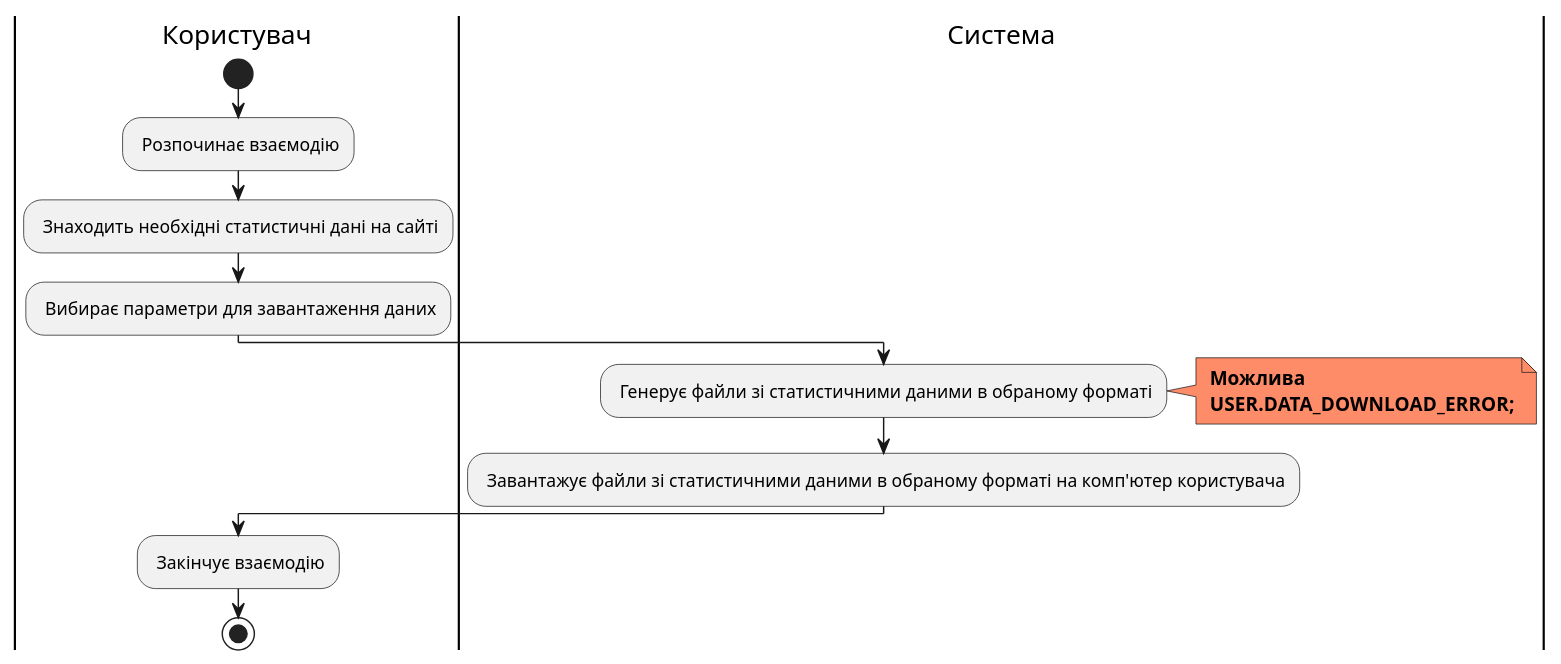
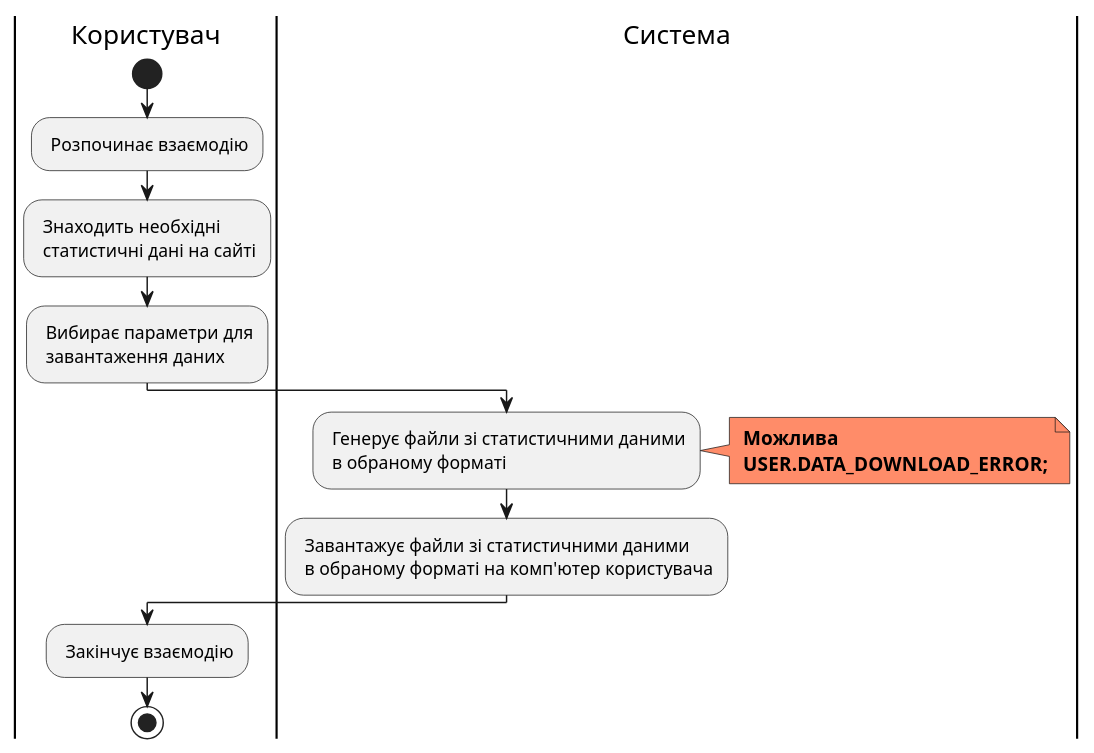
One commit to edu-db/edu_db_labs changed the eighth of 19 diagrams in docs/use cases/README.md. Above: the diagram before and after it, drawn with PlantUML. The commit also changed other lines of this file, not shown here.

```diff
--- a/docs/use cases/README.md
+++ b/docs/use cases/README.md
@@ -455,23 +454,23 @@
 @startuml
 
 |Користувач|
 start;
 : Розпочинає взаємодію;
-: Знаходить необхідні статистичні дані на сайті;
-: Вибирає параметри для завантаження даних;
+: Знаходить необхідні\n статистичні дані на сайті;
+: Вибирає параметри для\n завантаження даних;
 
 |Система|
-: Генерує файли зі статистичними даними в обраному форматі;
+: Генерує файли зі статистичними даними\n в обраному форматі;
 
 note right #ff8c69
 <b> Можлива
 <b> USER.DATA_DOWNLOAD_ERROR;
 end note
 
-: Завантажує файли зі статистичними даними в обраному форматі на комп'ютер користувача;
+: Завантажує файли зі статистичними даними\n в обраному форматі на комп'ютер користувача;
 
 |Користувач|
  : Закінчує взаємодію;
   stop; 
 
 @enduml
```
